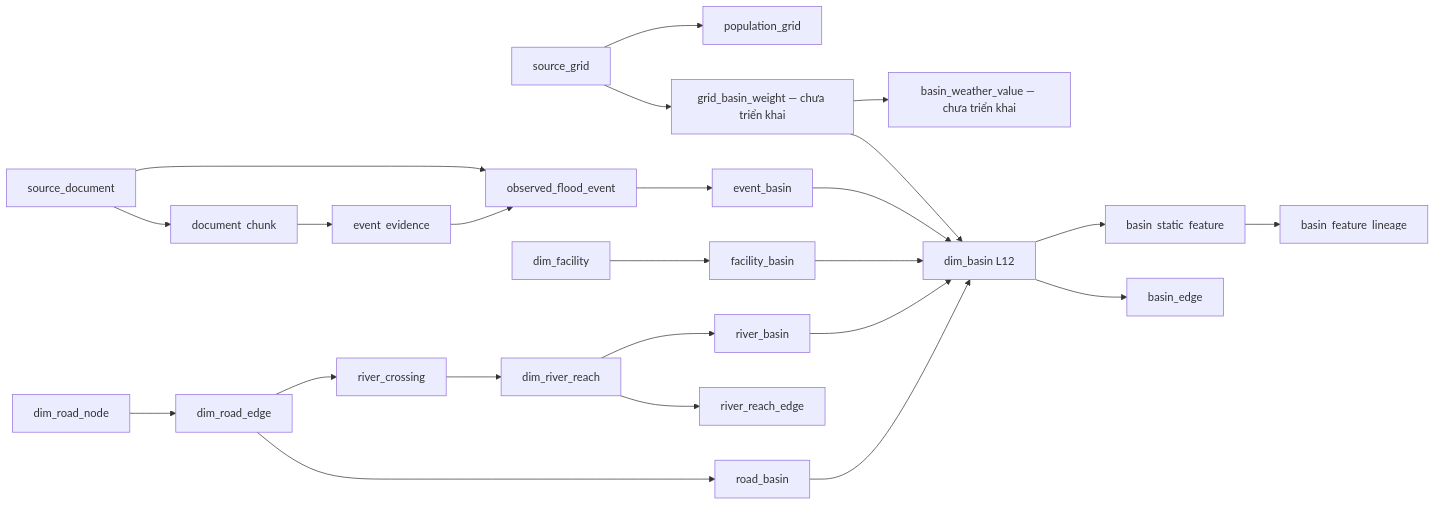
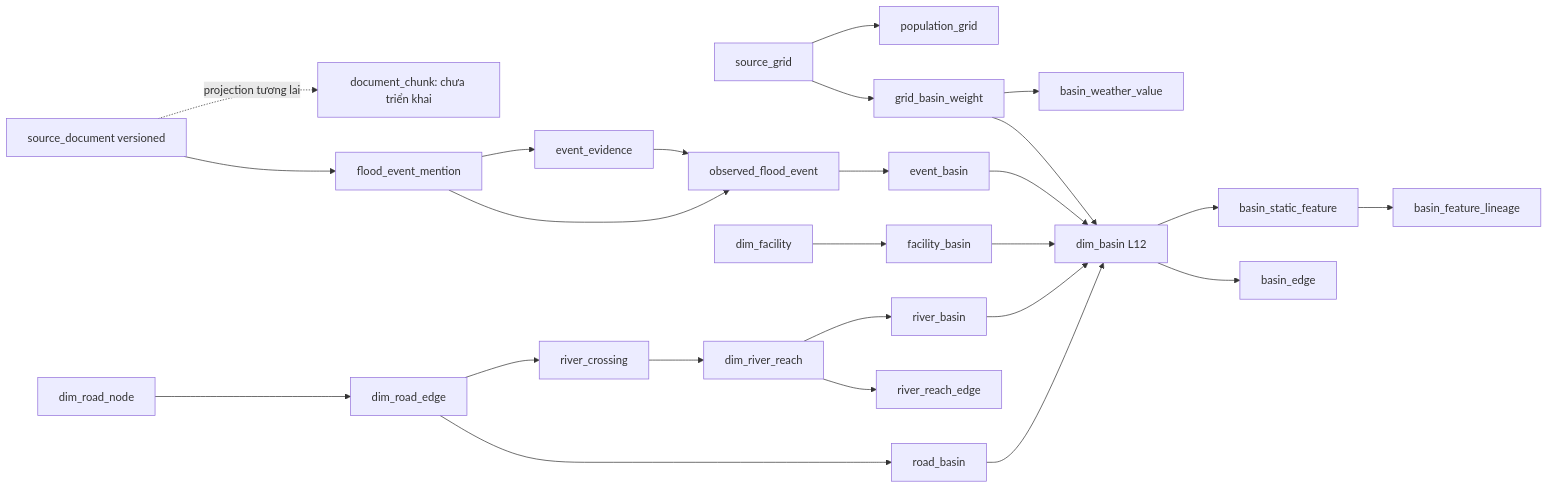
The third of 5 diagrams in docs/schema_contract/data.md (cloud-vmih/flood-lake-kg), drawn with Mermaid before and after one commit. The commit also changed other lines of this file and 84 other files, not shown here.

````diff
--- a/docs/schema_contract/data.md
+++ b/docs/schema_contract/data.md
@@ -522,16 +522,17 @@
 ```mermaid
 flowchart LR
   B["dim_basin L12"] --> BE["basin_edge"]
   B --> SF["basin_static_feature"] --> FL["basin_feature_lineage"]
-  G["source_grid"] --> GB["grid_basin_weight — chưa triển khai"] --> B
-  GB --> GV["basin_weather_value — chưa triển khai"]
+  G["source_grid"] --> GB["grid_basin_weight"] --> B
+  GB --> GV["basin_weather_value"]
   G --> PG["population_grid"]
   R["dim_river_reach"] --> RE["river_reach_edge"]
   R --> RB["river_basin"] --> B
   RN["dim_road_node"] --> RD["dim_road_edge"] --> RDB["road_basin"] --> B
   RD --> X["river_crossing"] --> R
   F["dim_facility"] --> FB["facility_basin"] --> B
-  D["source_document"] --> C["document_chunk"]
-  D --> E["observed_flood_event"] --> EB["event_basin"] --> B
-  C --> EE["event_evidence"] --> E
+  D["source_document versioned"] --> M["flood_event_mention"]
+  M --> E["observed_flood_event"] --> EB["event_basin"] --> B
+  M --> EE["event_evidence"] --> E
+  D -. "projection tương lai" .-> C["document_chunk: chưa triển khai"]
 ```
````
